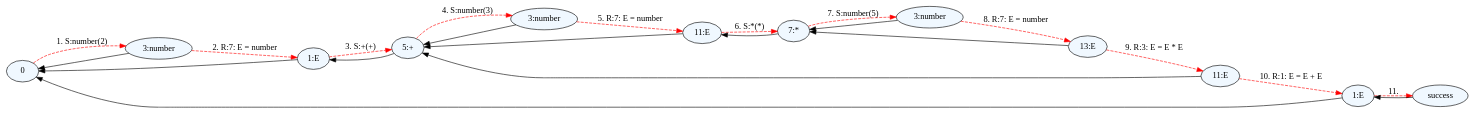
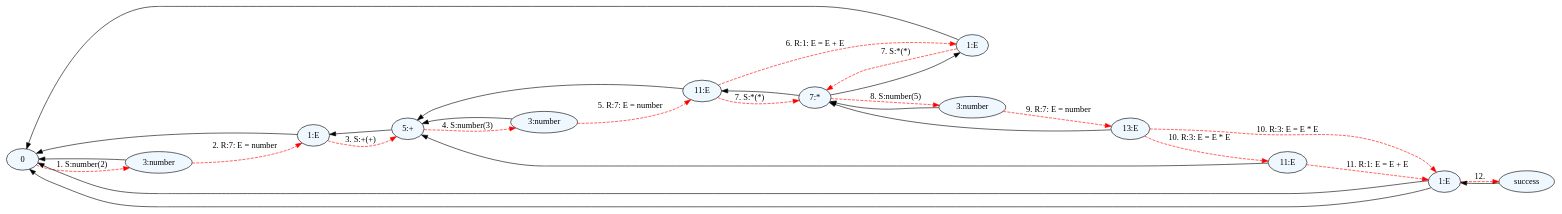
Before and after one commit to igordejanovic/parglare: the diagram in latest/images/parglare_trace.dot, drawn with Graphviz. The commit also changed 12 other files, not shown here.

```diff
--- a/latest/images/parglare_trace.dot
+++ b/latest/images/parglare_trace.dot
@@ -1,46 +1,53 @@
 
     digraph parglare_trace {
     rankdir=LR
     fontname = "Bitstream Vera Sans"
     fontsize = 8
     node[
         style=filled,
         fillcolor=aliceblue
     ]
     nodesep = 0.3
     edge[dir=black,arrowtail=empty]
 
 head_0_0_0 [label="0"];
 head_3_0_1 [label="3:number"];
 head_0_0_0 -> head_3_0_1 [label="1. S:number(2)" color="red" style="dashed"];
 head_3_0_1 -> head_0_0_0;
 head_1_0_1 [label="1:E"];
 head_3_0_1 -> head_1_0_1 [label="2. R:7: E = number" color="red" style="dashed"];
 head_1_0_1 -> head_0_0_0;
 head_5_2_3 [label="5:+"];
 head_1_0_1 -> head_5_2_3 [label="3. S:+(+)" color="red" style="dashed"];
 head_5_2_3 -> head_1_0_1;
 head_3_4_5 [label="3:number"];
 head_5_2_3 -> head_3_4_5 [label="4. S:number(3)" color="red" style="dashed"];
 head_3_4_5 -> head_5_2_3;
 head_11_4_5 [label="11:E"];
 head_3_4_5 -> head_11_4_5 [label="5. R:7: E = number" color="red" style="dashed"];
 head_11_4_5 -> head_5_2_3;
+head_1_0_5 [label="1:E"];
+head_11_4_5 -> head_1_0_5 [label="6. R:1: E = E + E" color="red" style="dashed"];
+head_1_0_5 -> head_0_0_0;
 head_7_6_7 [label="7:*"];
-head_11_4_5 -> head_7_6_7 [label="6. S:*(*)" color="red" style="dashed"];
+head_11_4_5 -> head_7_6_7 [label="7. S:*(*)" color="red" style="dashed"];
 head_7_6_7 -> head_11_4_5;
+head_1_0_5 -> head_7_6_7 [label="7. S:*(*)" color="red" style="dashed"];
+head_7_6_7 -> head_1_0_5;
 head_3_8_9 [label="3:number"];
-head_7_6_7 -> head_3_8_9 [label="7. S:number(5)" color="red" style="dashed"];
+head_7_6_7 -> head_3_8_9 [label="8. S:number(5)" color="red" style="dashed"];
 head_3_8_9 -> head_7_6_7;
 head_13_8_9 [label="13:E"];
-head_3_8_9 -> head_13_8_9 [label="8. R:7: E = number" color="red" style="dashed"];
+head_3_8_9 -> head_13_8_9 [label="9. R:7: E = number" color="red" style="dashed"];
 head_13_8_9 -> head_7_6_7;
+head_1_0_9 [label="1:E"];
+head_13_8_9 -> head_1_0_9 [label="10. R:3: E = E * E" color="red" style="dashed"];
+head_1_0_9 -> head_0_0_0;
 head_11_4_9 [label="11:E"];
-head_13_8_9 -> head_11_4_9 [label="9. R:3: E = E * E" color="red" style="dashed"];
+head_13_8_9 -> head_11_4_9 [label="10. R:3: E = E * E" color="red" style="dashed"];
 head_11_4_9 -> head_5_2_3;
-head_1_0_9 [label="1:E"];
-head_11_4_9 -> head_1_0_9 [label="10. R:1: E = E + E" color="red" style="dashed"];
+head_11_4_9 -> head_1_0_9 [label="11. R:1: E = E + E" color="red" style="dashed"];
 head_1_0_9 -> head_0_0_0;
-head_1_0_9 -> success [label="11. " color="red" style="dashed"];
+head_1_0_9 -> success [label="12. " color="red" style="dashed"];
 success -> head_1_0_9;
 }
```
